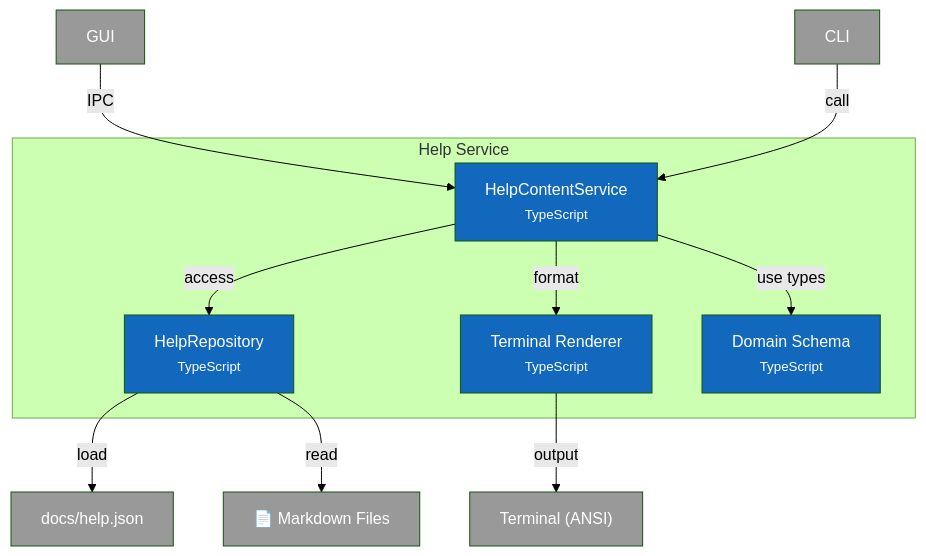
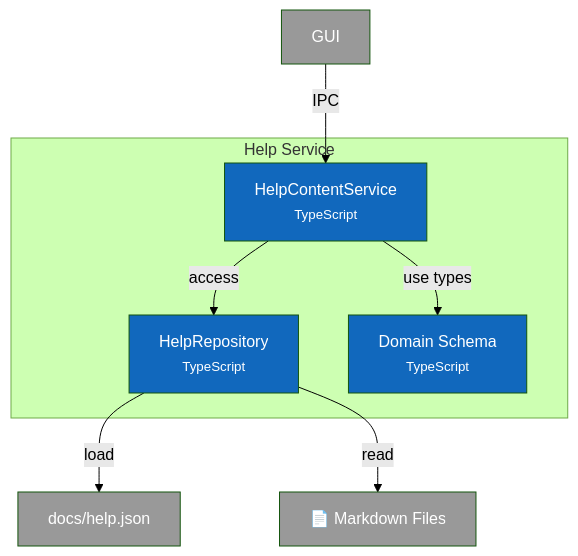
One commit to louipr/cyrus-code changed the diagram in docs/c4/component-help.md. Above: the diagram before and after it, drawn with Mermaid (forest theme). The commit also changed other lines of this file and 54 other files, not shown here.

First line of the commit message:
refactor: remove CLI, dead IPC endpoints, and update architecture docs

````diff
--- a/docs/c4/component-help.md
+++ b/docs/c4/component-help.md
@@ -9,25 +9,21 @@
 ```mermaid
 flowchart TD
     subgraph help ["Help Service"]
         service["HelpContentService<br/><small>TypeScript</small>"]
         repository["HelpRepository<br/><small>TypeScript</small>"]
-        renderer["Terminal Renderer<br/><small>TypeScript</small>"]
         schema["Domain Schema<br/><small>TypeScript</small>"]
     end
 
     service -->|"access"| repository
     repository -->|"load"| manifest["docs/help.json"]
     repository -->|"read"| topics["📄 Markdown Files"]
-    service -->|"format"| renderer
-    renderer -->|"output"| terminal["Terminal (ANSI)"]
     service -->|"use types"| schema
 
     gui["GUI"] -->|"IPC"| service
-    cli["CLI"] -->|"call"| service
 
     classDef component fill:#1168bd,color:#fff
     classDef external fill:#999,color:#fff
 
-    class service,repository,renderer,schema component
-    class manifest,topics,terminal,gui,cli external
+    class service,repository,schema component
+    class manifest,topics,gui external
 ```
````
